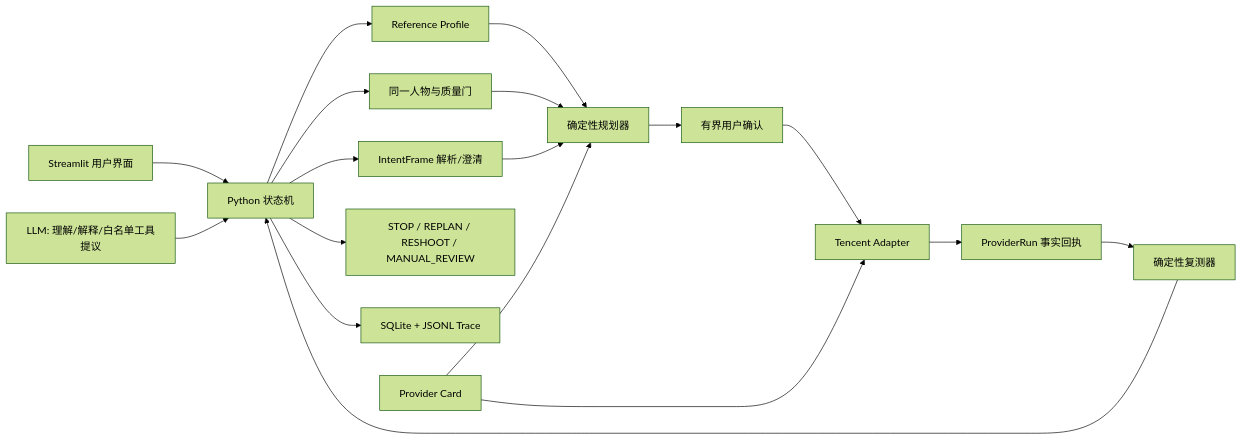
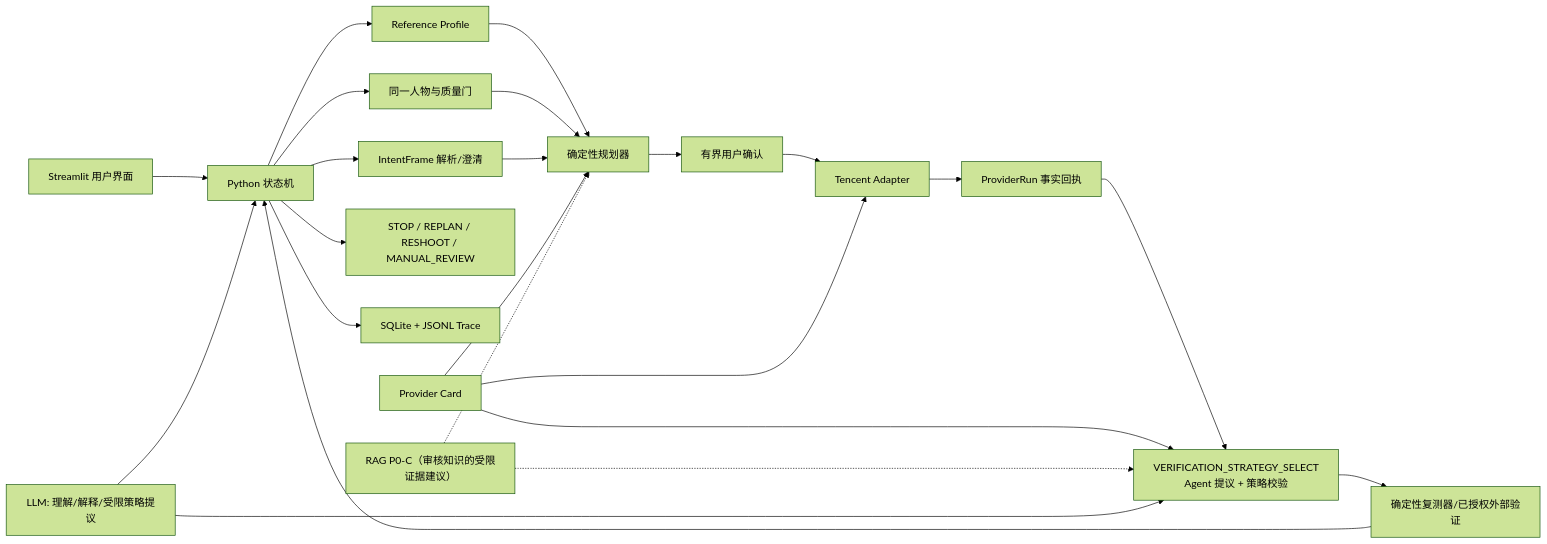
Before and after one commit to z1834691-coder/portrait-consistency-agent: the diagram in docs/母版人像一致性Agent-执行版PRD.md, drawn with Mermaid (forest theme). The commit also changed other lines of this file and 109 other files, not shown here.

````diff
--- a/docs/母版人像一致性Agent-执行版PRD.md
+++ b/docs/母版人像一致性Agent-执行版PRD.md
@@ -253,20 +652,25 @@
 ```mermaid
 flowchart LR
     U["Streamlit 用户界面"] --> SM["Python 状态机"]
     SM --> RP["Reference Profile"]
     SM --> Q["同一人物与质量门"]
     SM --> I["IntentFrame 解析/澄清"]
     RP --> P["确定性规划器"]
     Q --> P
     I --> P
     P --> C["有界用户确认"]
     C --> A["Tencent Adapter"]
     A --> PR["ProviderRun 事实回执"]
-    PR --> V["确定性复测器"]
+    PR --> VS["VERIFICATION_STRATEGY_SELECT\nAgent 提议 + 策略校验"]
+    VS --> V["确定性复测器/已授权外部验证"]
     V --> SM
     SM --> OUT["STOP / REPLAN / RESHOOT / MANUAL_REVIEW"]
     SM --> DB["SQLite + JSONL Trace"]
     PC["Provider Card"] --> P
     PC --> A
-    LLM["LLM: 理解/解释/白名单工具提议"] --> SM
+    PC --> VS
+    RAG["RAG P0-C（审核知识的受限证据建议）"] -.-> P
+    RAG -.-> VS
+    LLM["LLM: 理解/解释/受限策略提议"] --> SM
+    LLM --> VS
 ```
````
